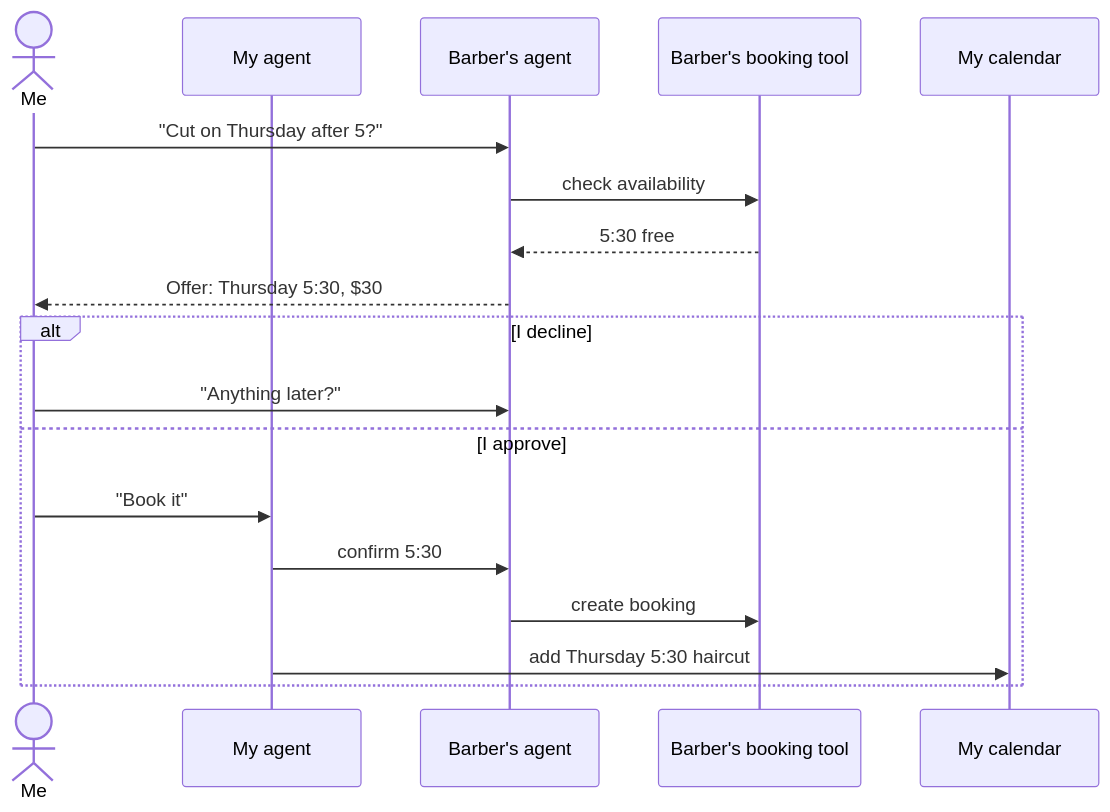
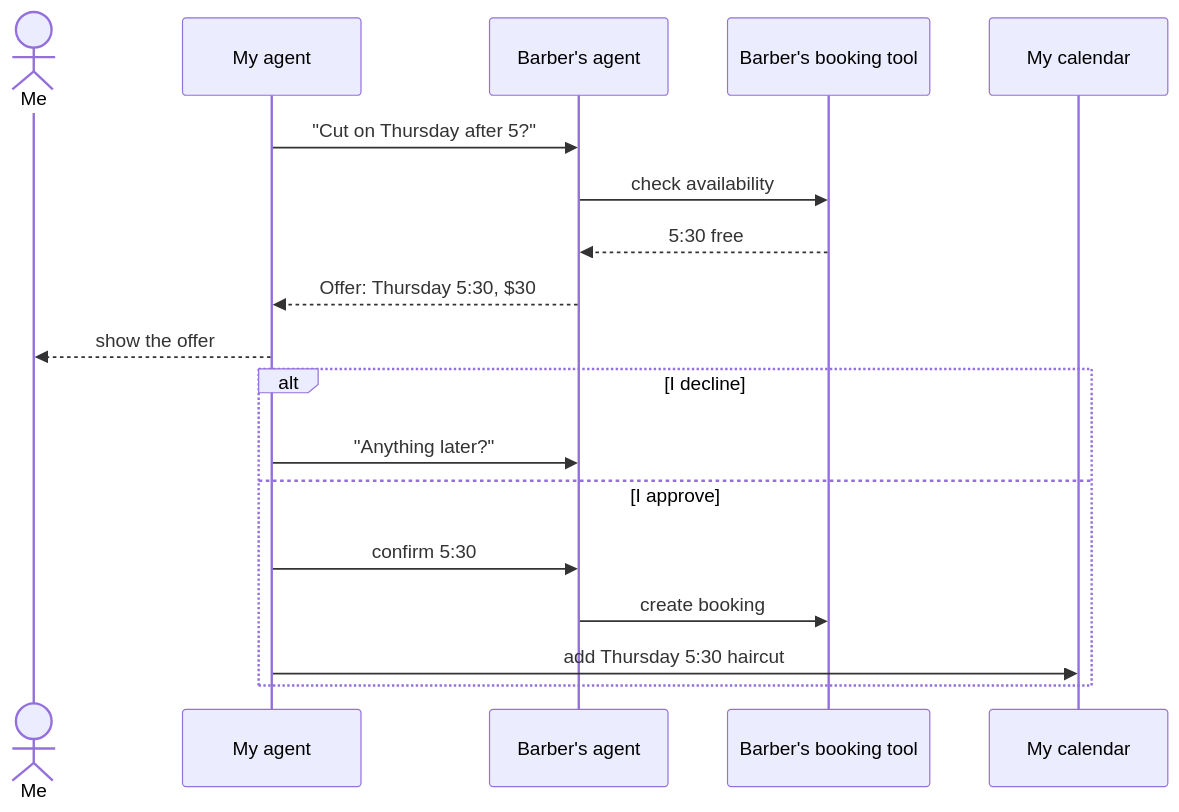
One commit to Jannisar01/hitchpost changed the diagram in docs/concept.md. Above: the diagram before and after it, drawn with Mermaid. The commit also changed other lines of this file and 23 other files, not shown here.

````diff
--- a/docs/concept.md
+++ b/docs/concept.md
@@ -30,21 +30,21 @@
 ```mermaid
 sequenceDiagram
     actor Me
     participant MyAgent as My agent
     participant BarberAgent as Barber's agent
     participant Booking as Barber's booking tool
     participant Cal as My calendar
 
-    Me->>BarberAgent: "Cut on Thursday after 5?"
+    MyAgent->>BarberAgent: "Cut on Thursday after 5?"
     BarberAgent->>Booking: check availability
     Booking-->>BarberAgent: 5:30 free
-    BarberAgent-->>Me: Offer: Thursday 5:30, $30
+    BarberAgent-->>MyAgent: Offer: Thursday 5:30, $30
+    MyAgent-->>Me: show the offer
     alt I decline
-        Me->>BarberAgent: "Anything later?"
+        MyAgent->>BarberAgent: "Anything later?"
     else I approve
-        Me->>MyAgent: "Book it"
         MyAgent->>BarberAgent: confirm 5:30
         BarberAgent->>Booking: create booking
         MyAgent->>Cal: add Thursday 5:30 haircut
     end
 ```
````
